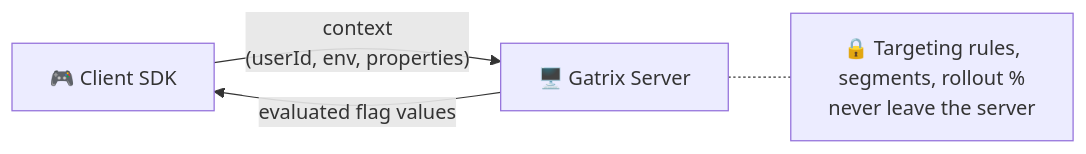
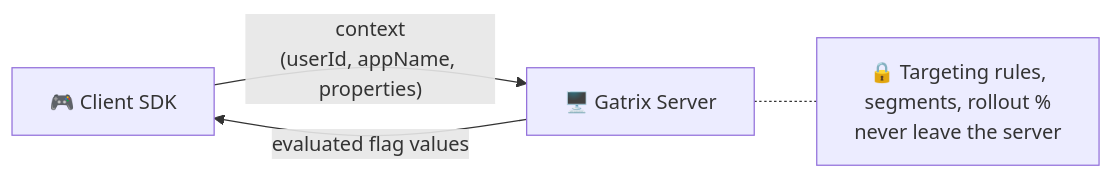
The first of 3 diagrams in packages/sdks/client-sdks/gatrix-unity-client-sdk/docs/EVALUATION_MODEL.md (maxidea1024/gatrix), drawn with Mermaid before and after one commit. The commit also changed other lines of this file and 6 other files, not shown here.

````diff
--- a/packages/sdks/client-sdks/gatrix-unity-client-sdk/docs/EVALUATION_MODEL.md
+++ b/packages/sdks/client-sdks/gatrix-unity-client-sdk/docs/EVALUATION_MODEL.md
@@ -11,6 +11,6 @@
 ```mermaid
 flowchart LR
-    A["🎮 Client SDK"] -->|"context<br/>(userId, env, properties)"| B["🖥️ Gatrix Server"]
+    A["🎮 Client SDK"] -->|"context<br/>(userId, appName, properties)"| B["🖥️ Gatrix Server"]
     B -->|"evaluated flag values"| A
     B -.- C["🔒 Targeting rules,<br/>segments, rollout %<br/>never leave the server"]
 ```
````
